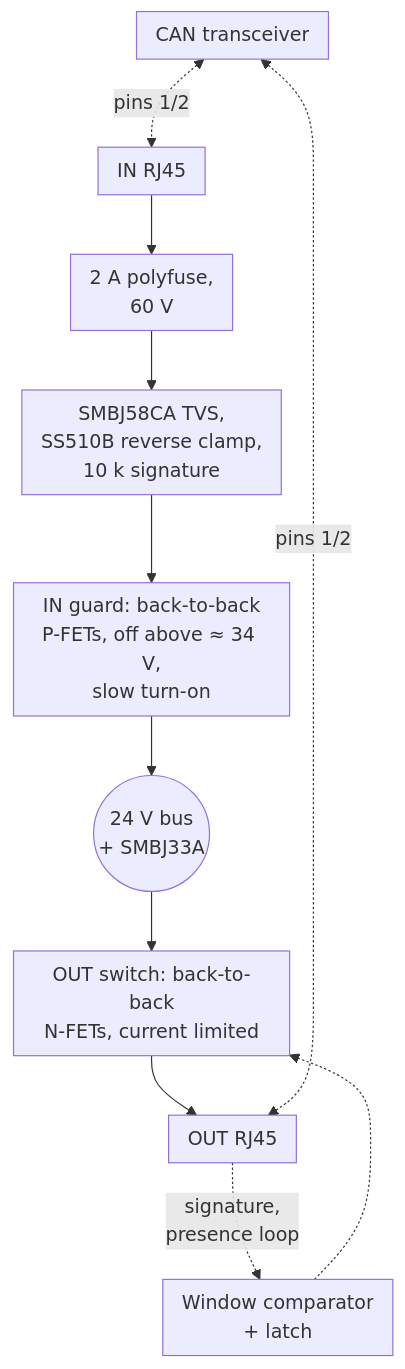
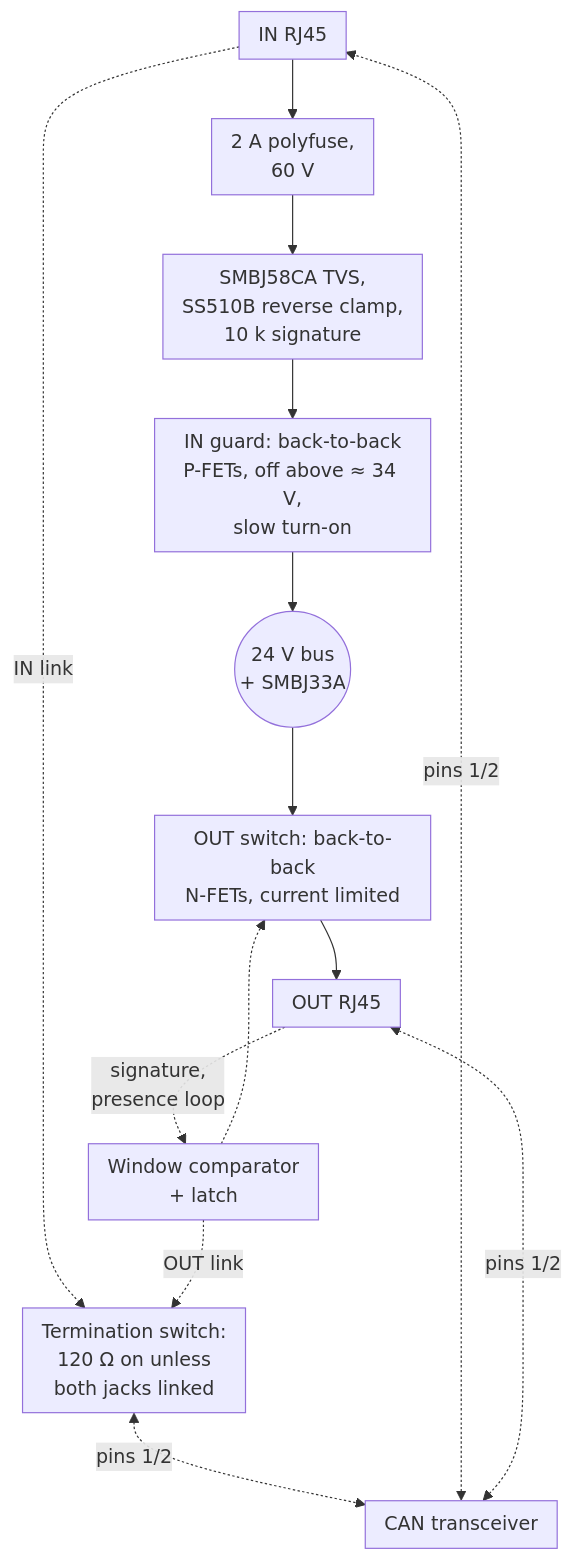
Before and after one commit to BashfulBits/3dp-fleet-exhaust: the fifth of 10 diagrams in docs/02_hardware_specification.md, drawn with Mermaid. The commit also changed other lines of this file and 3 other files, not shown here.

First line of the commit message:
D96: automatic CAN termination replaces the TERM jumper

````diff
--- a/docs/02_hardware_specification.md
+++ b/docs/02_hardware_specification.md
@@ -219,14 +220,17 @@
 ```mermaid
 %%{init: {'flowchart': {'nodeSpacing': 20, 'padding': 8}}}%%
 flowchart TB
   INJ["IN RJ45"] --> PF["2 A polyfuse,<br>60 V"]
   PF --> TV["SMBJ58CA TVS,<br>SS510B reverse clamp,<br>10 k signature"]
   TV --> G["IN guard: back-to-back<br>P-FETs, off above ≈ 34 V,<br>slow turn-on"]
   G --> BUS(("24 V bus<br>+ SMBJ33A"))
   BUS --> SW["OUT switch: back-to-back<br>N-FETs, current limited"]
   SW --> OUTJ["OUT RJ45"]
   OUTJ -.->|"signature,<br>presence loop"| DET["Window comparator<br>+ latch"]
   DET -.-> SW
   CAN["CAN transceiver"] <-.->|"pins 1/2"| INJ
   CAN <-.->|"pins 1/2"| OUTJ
+  INJ -.->|"IN link"| TS["Termination switch:<br>120 Ω on unless<br>both jacks linked"]
+  DET -.->|"OUT link"| TS
+  TS <-.->|"pins 1/2"| CAN
 ```
````
